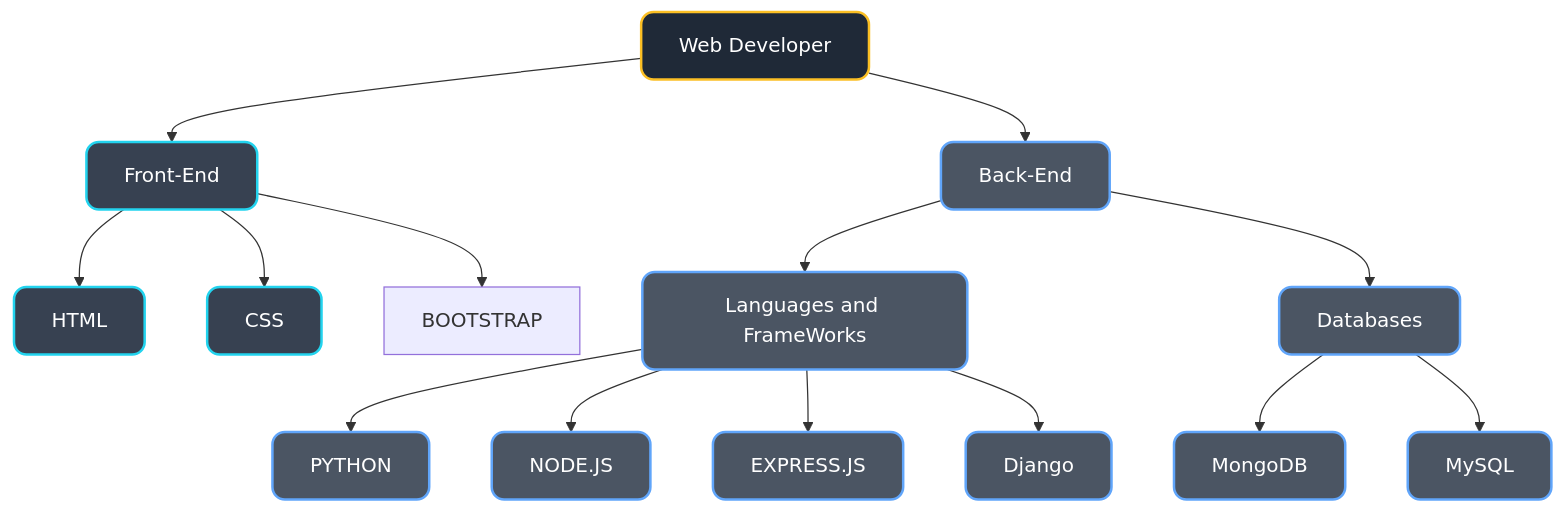
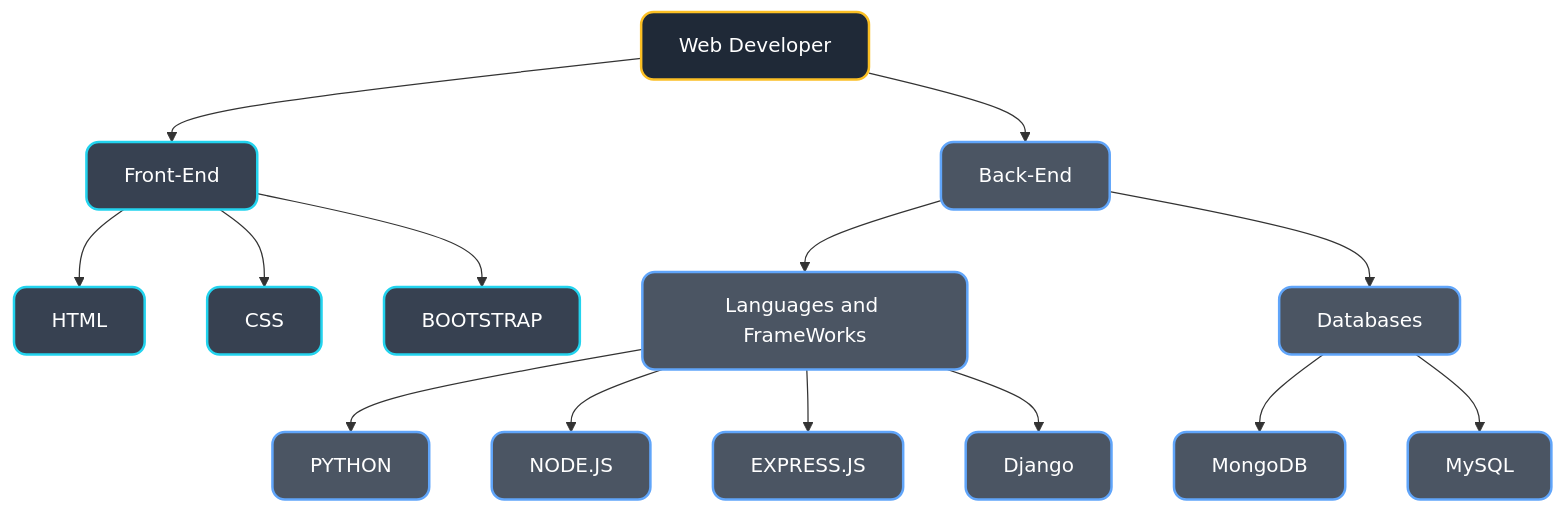
The diagram in README.md (Arshadvkb/Arshadvkb), drawn with Mermaid before and after one commit.

````diff
--- a/README.md
+++ b/README.md
@@ -26,42 +26,42 @@
 ```mermaid
 %% Note: This graph showcases my Technical Skills.  
 %% If it doesn't display, please view it on the GitHub website.
 graph TD
     A[Web Developer] --> B[Front-End]
     A --> C[Back-End]
    
     
     B --> B1[HTML]
     B --> B2[CSS]
     B --> B3[BOOTSTRAP]
 
     C --> C1[Languages and FrameWorks]
     C --> C2[Databases]
 
     C1 --> D1[PYTHON]
     C1 --> D2[NODE.JS]
     C1 --> D3[EXPRESS.JS]
     C1 --> D4[Django]
 
     C2 --> D5[MongoDB]
     C2 --> D6[MySQL]
 
     
   
    
     
     
   
 
     classDef main fill:#1f2937,stroke:#fbbf24,stroke-width:2px,color:#ffffff,rx:10px,ry:10px;
     classDef mobile fill:#374151,stroke:#22d3ee,stroke-width:2px,color:#ffffff,rx:10px,ry:10px;
     classDef web fill:#4b5563,stroke:#60a5fa,stroke-width:2px,color:#ffffff,rx:10px,ry:10px;
     classDef lang fill:#4b5563,stroke:#60a5fa,stroke-width:2px,color:#ffffff,rx:10px,ry:10px;
 
     class A main;
-    class B,B1,B2 mobile;
+    class B,B1,B2,B3 mobile;
     class C,C1,C2,C3 web;
     class D1,D2,D3,D4,D5,D6,D7 lang;
     
 
 ```
````
